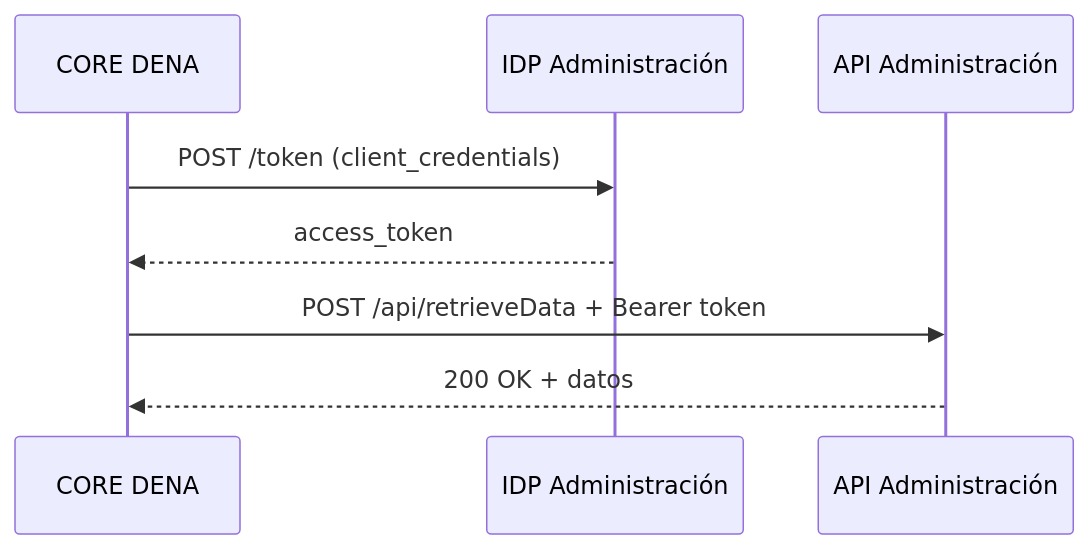
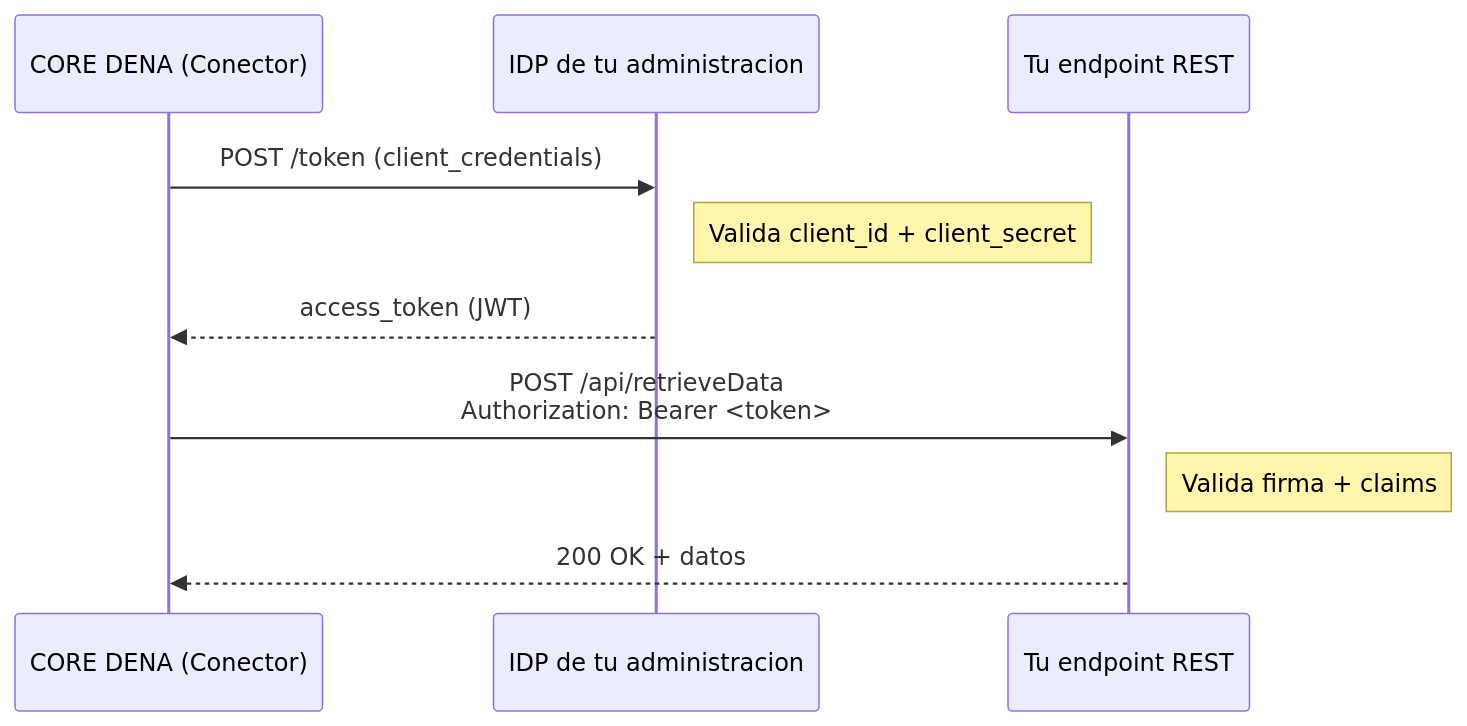
Before and after one commit to DENA-Euskadi/dena-euskadi.github.io: the first of 2 diagrams in docs/autenticacion/core-dena-administracion/index.md, drawn with Mermaid. The commit also changed other lines of this file and 193 other files, not shown here.

````diff
--- a/docs/autenticacion/core-dena-administracion/index.md
+++ b/docs/autenticacion/core-dena-administracion/index.md
@@ -9,11 +20,13 @@
 ``` mermaid
 sequenceDiagram
-    participant DENA as CORE DENA
-    participant IDP as IDP Administración
-    participant Admin as API Administración
+    participant DENA as CORE DENA (Conector)
+    participant IDP as IDP de tu administracion
+    participant Admin as Tu endpoint REST
 
     DENA->>IDP: POST /token (client_credentials)
-    IDP-->>DENA: access_token
-    DENA->>Admin: POST /api/retrieveData + Bearer token
+    Note right of IDP: Valida client_id + client_secret
+    IDP-->>DENA: access_token (JWT)
+    DENA->>Admin: POST /api/retrieveData<br/>Authorization: Bearer <token>
+    Note right of Admin: Valida firma + claims
     Admin-->>DENA: 200 OK + datos
 ```
````
